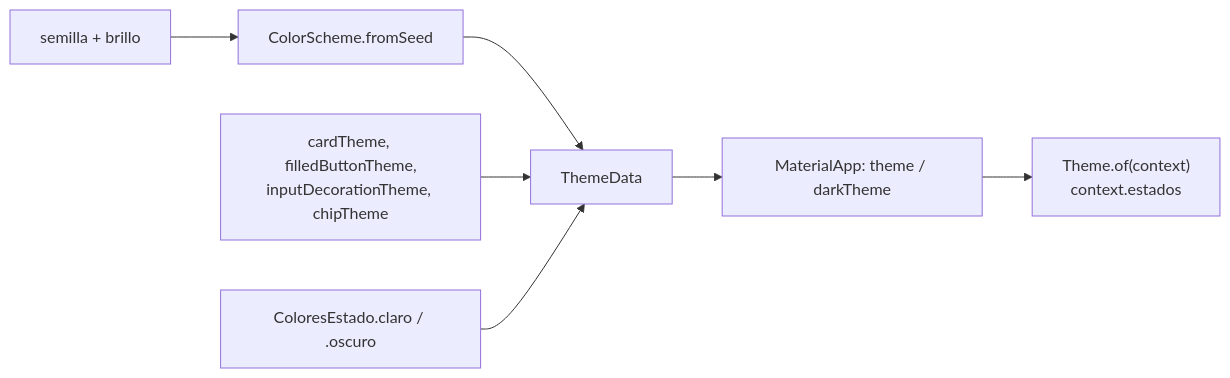
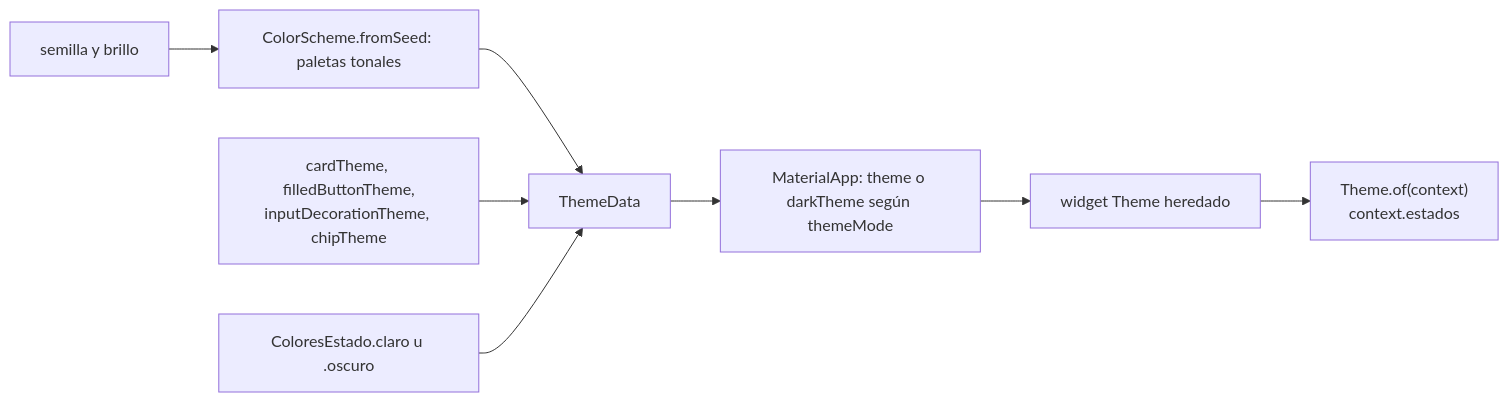
One commit to NICORUIZ93/The_Imperial_Book changed the first of 4 diagrams in web/public/content/flutter/modulo-10.md. Above: the diagram before and after it, drawn with Mermaid. The commit also changed other lines of this file and 65 other files, not shown here.

````diff
--- a/web/public/content/flutter/modulo-10.md
+++ b/web/public/content/flutter/modulo-10.md
@@ -180,9 +227,10 @@
 ```mermaid
 flowchart LR
-    S["semilla + brillo"] --> F["ColorScheme.fromSeed"]
+    S["semilla y brillo"] --> F["ColorScheme.fromSeed: paletas tonales"]
     F --> T["ThemeData"]
     C["cardTheme, filledButtonTheme,<br/>inputDecorationTheme, chipTheme"] --> T
-    E["ColoresEstado.claro / .oscuro"] --> T
-    T --> M["MaterialApp: theme / darkTheme"]
-    M --> W["Theme.of(context)<br/>context.estados"]
+    E["ColoresEstado.claro u .oscuro"] --> T
+    T --> M["MaterialApp: theme o darkTheme según themeMode"]
+    M --> H["widget Theme heredado"]
+    H --> W["Theme.of(context)<br/>context.estados"]
 ```
````
